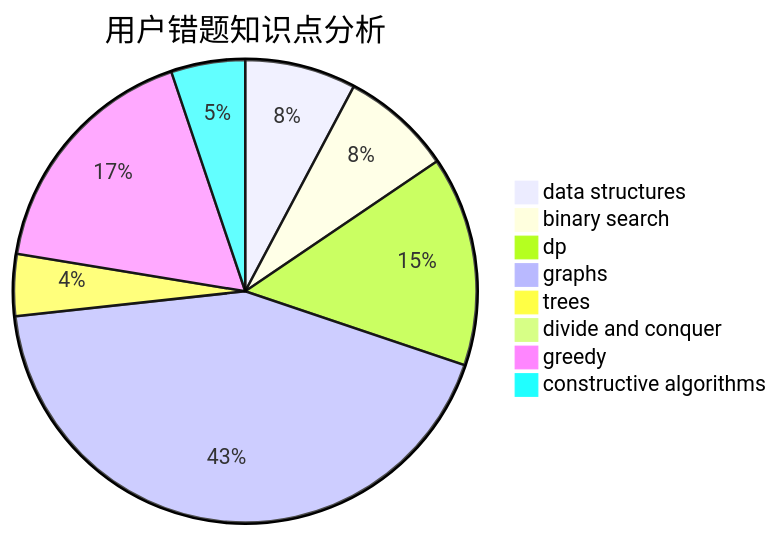
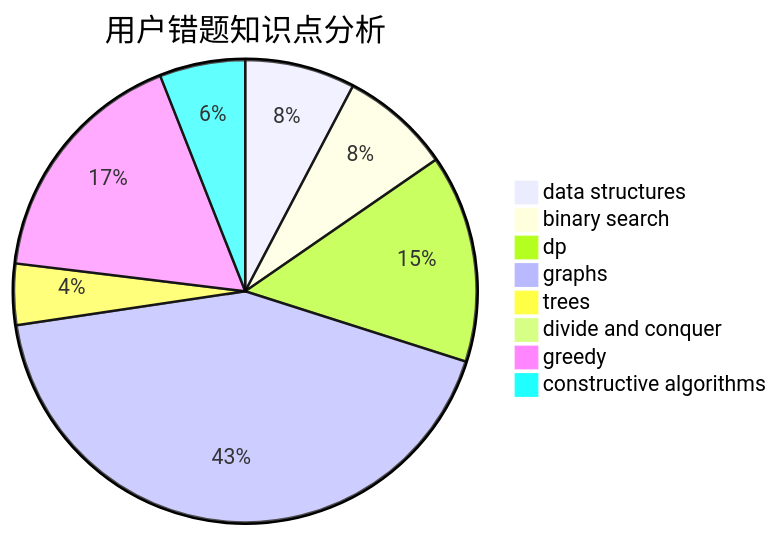
One commit to sherpahu/cfrs.github.io changed the third of 3 diagrams in docs/user/u19.md. Above: the diagram before and after it, drawn with Mermaid. The commit also changed other lines of this file and 2770 other files, not shown here.

````diff
--- a/docs/user/u19.md
+++ b/docs/user/u19.md
@@ -36,11 +36,11 @@
 ```mermaid
 pie title 用户错题知识点分析
     "data structures" :  9
     "binary search" :  9
     "dp" :  17
     "graphs" :  50
     "trees" :  5
     "divide and conquer" :  0
     "greedy" :  20
-    "constructive algorithms" :  6
+    "constructive algorithms" :  7
 ```
````
